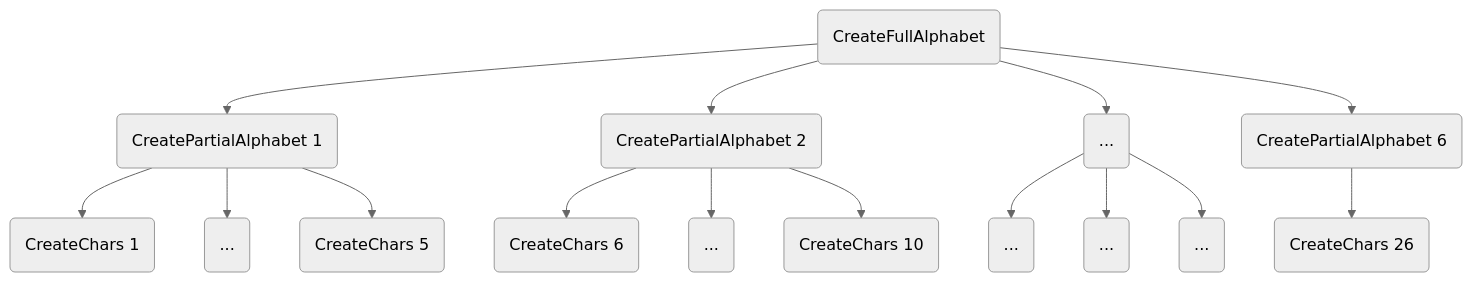
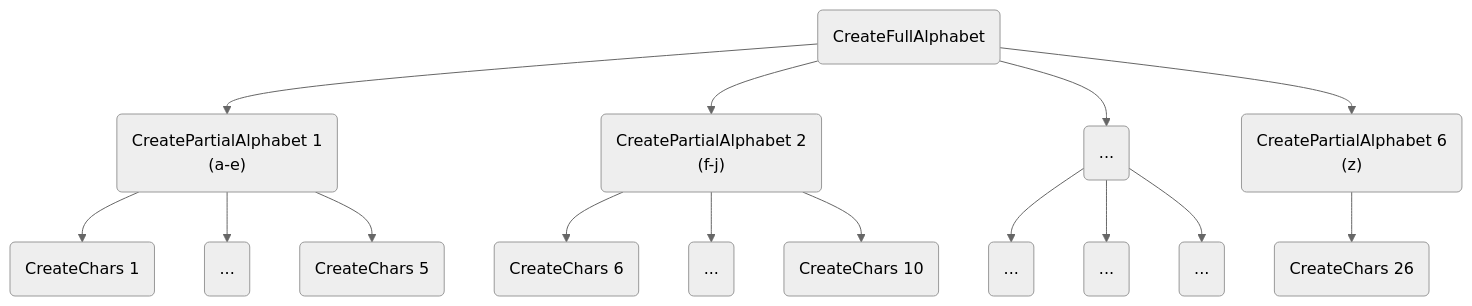
Before and after one commit to riga/law: the diagram in examples/sequential_htcondor_at_cern/README.md, drawn with Mermaid (neutral theme). The commit also changed other lines of this file, not shown here.

````diff
--- a/examples/sequential_htcondor_at_cern/README.md
+++ b/examples/sequential_htcondor_at_cern/README.md
@@ -20,33 +20,33 @@
 ```mermaid
 graph TD
     CFA(CreateFullAlphabet)
-    CPA1(CreatePartialAlphabet 1)
-    CPA2(CreatePartialAlphabet 2)
-    CPA6(CreatePartialAlphabet 6)
+    CPA1("CreatePartialAlphabet 1<br />(a-e)")
+    CPA2("CreatePartialAlphabet 2<br />(f-j)")
+    CPA6("CreatePartialAlphabet 6<br />(z)")
     CC1(CreateChars 1)
     CC5(CreateChars 5)
     CC6(CreateChars 6)
     CC10(CreateChars 10)
     CC26(CreateChars 26)
     ph1(...)
     ph2(...)
     ph3(...)
     ph4(...)
     ph5(...)
     ph6(...)
 
     CFA --> CPA1
     CFA --> CPA2
     CFA --> ph1
     CFA --> CPA6
     CPA1 --> CC1
     CPA1 --> ph2
     CPA1 --> CC5
     CPA2 --> CC6
     CPA2 --> ph3
     CPA2 --> CC10
     ph1 --> ph4
     ph1 --> ph5
     ph1 --> ph6
     CPA6 --> CC26
 ```
````
